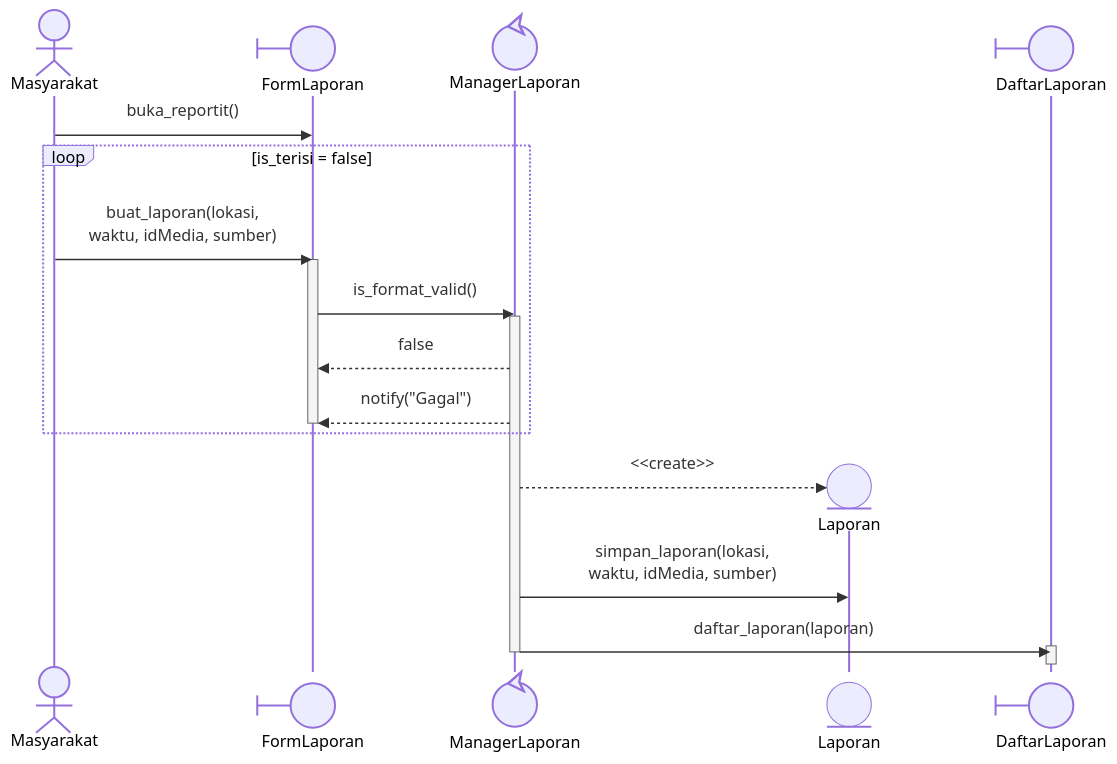
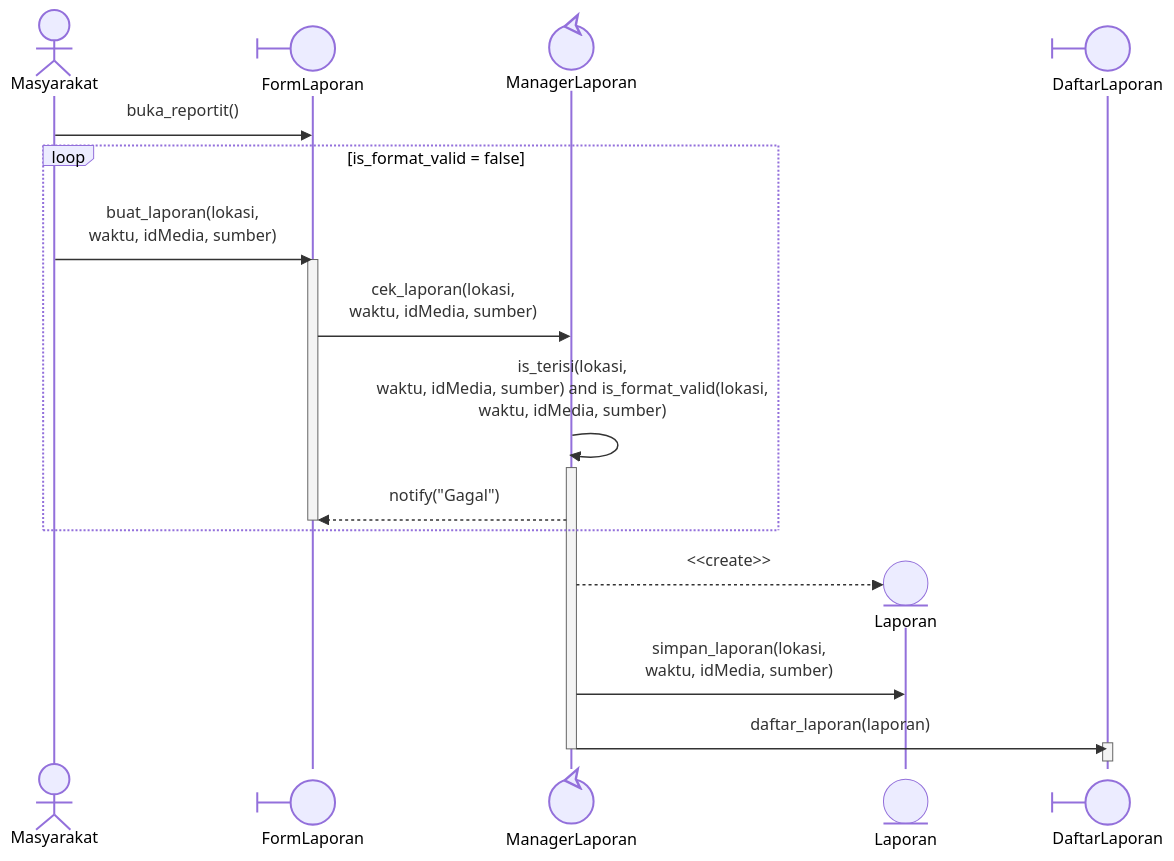
One commit to star-scripter/IF2150-RPL-K03-G02 changed the fourth of 29 diagrams in docs/M8/K03_G02_DPPL2.md. Above: the diagram before and after it, drawn with Mermaid. The commit also changed other lines of this file, not shown here.

````diff
--- a/docs/M8/K03_G02_DPPL2.md
+++ b/docs/M8/K03_G02_DPPL2.md
@@ -349,28 +349,28 @@
 ```mermaid
 %%{init: {'themeCSS': '.actor-line { stroke-dasharray: 4, 4; }'}}%%
 sequenceDiagram
     actor M as Masyarakat;
     participant FL@{"type":"boundary"} as FormLaporan;
     participant LC@{"type":"control"} as ManagerLaporan
 
     M->>FL: buka_reportit()
-    loop is_terisi = false
+    loop is_format_valid = false
         M->>FL: buat_laporan(lokasi, <br/>waktu, idMedia, sumber);
         activate FL;
-        FL->>LC: is_format_valid()
+        FL->>LC: cek_laporan(lokasi, <br/>waktu, idMedia, sumber)
+        LC->>LC: is_terisi(lokasi, <br/>waktu, idMedia, sumber) and is_format_valid(lokasi, <br/>waktu, idMedia, sumber) 
         activate LC;
-        LC-->>FL: false
         LC-->>FL: notify("Gagal")
         deactivate FL;
     end
     
     create participant L@{"type":"entity"} as Laporan;
     LC-->>L: <<create>>
     LC->>L: simpan_laporan(lokasi, <br/>waktu, idMedia, sumber)
     
     participant DL@{"type":"boundary"} as DaftarLaporan;
     LC->>DL: daftar_laporan(laporan)
     activate DL;
     deactivate DL;
     deactivate LC;
 ```
````
